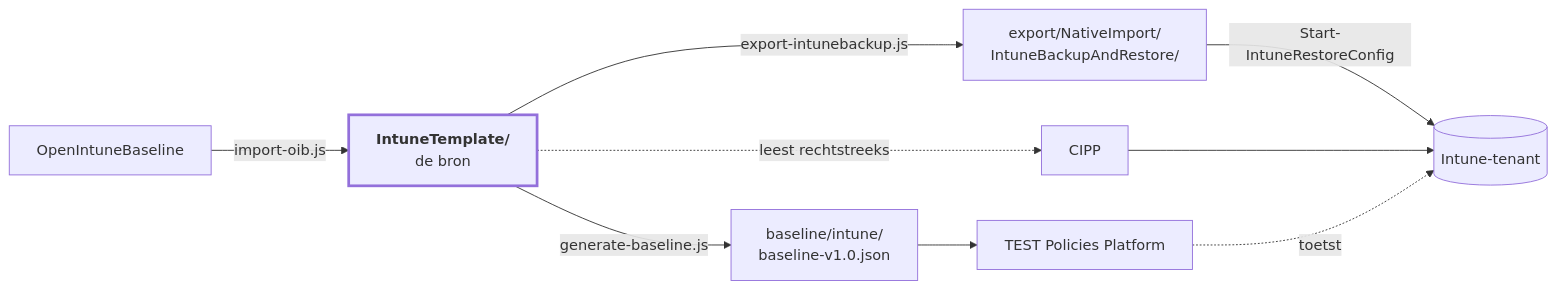
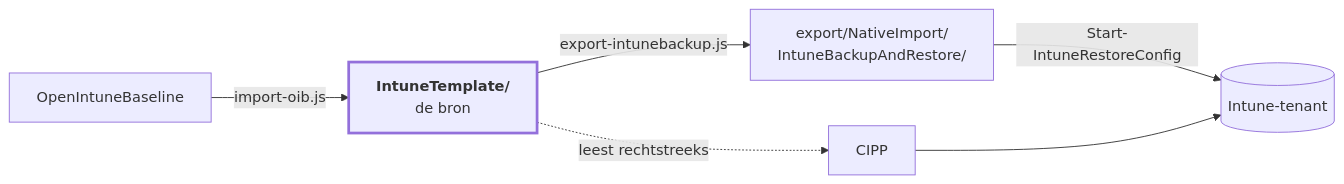
The diagram in OVERZICHT.md (sjkanon/IntuneBackup), drawn with Mermaid before and after one commit. The commit also changed other lines of this file and 678 other files, not shown here.

First line of the commit message:
TEST Policies Platform eruit

````diff
--- a/OVERZICHT.md
+++ b/OVERZICHT.md
@@ -42,13 +41,10 @@
 ```mermaid
 flowchart LR
   OIB["OpenIntuneBaseline"] -->|import-oib.js| T
   T["<b>IntuneTemplate/</b><br/>de bron"]
-  T -->|generate-baseline.js| BL["baseline/intune/<br/>baseline-v1.0.json"]
   T -->|export-intunebackup.js| EX["export/NativeImport/<br/>IntuneBackupAndRestore/"]
   T -.->|leest rechtstreeks| CIPP[CIPP]
-  BL --> PLAT["TEST Policies Platform"]
   EX -->|Start-IntuneRestoreConfig| TENANT[("Intune-tenant")]
   CIPP --> TENANT
-  PLAT -.->|toetst| TENANT
   style T stroke-width:3px
 ```
````
